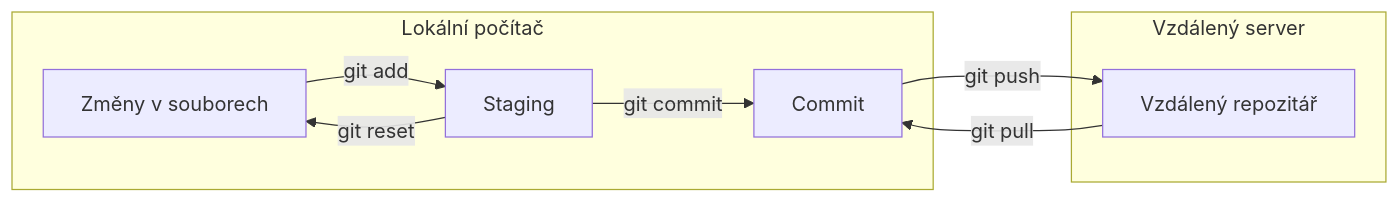
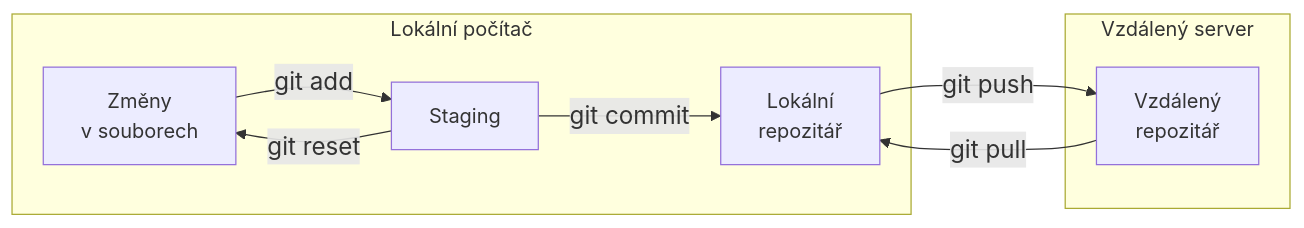
The second of 4 diagrams in _sources/0_introduction/04_git.md (kf-ga/kf-ga.github.io), drawn with Mermaid before and after one commit. The commit also changed other lines of this file and 20 other files, not shown here.

````diff
--- a/_sources/0_introduction/04_git.md
+++ b/_sources/0_introduction/04_git.md
@@ -163,21 +163,22 @@
 ```{mermaid}
 graph LR
-    A[Změny v souborech]
+    A[Změny<br/>v souborech]
     B[Staging]
-    C[Commit]
-    D[Vzdálený repozitář]
+    C[Lokální<br/>repozitář]
+    D[Vzdálený<br/>repozitář]
     A --git add--> B
     B --git reset--> A
     B --git commit--> C
     C --git push--> D
     D --git pull--> C
        
     subgraph "Lokální počítač"
         A
         B
         C
     end
     subgraph "Vzdálený server"
         D
     end
+    linkStyle default font-size:1.1em;
 ```
````
